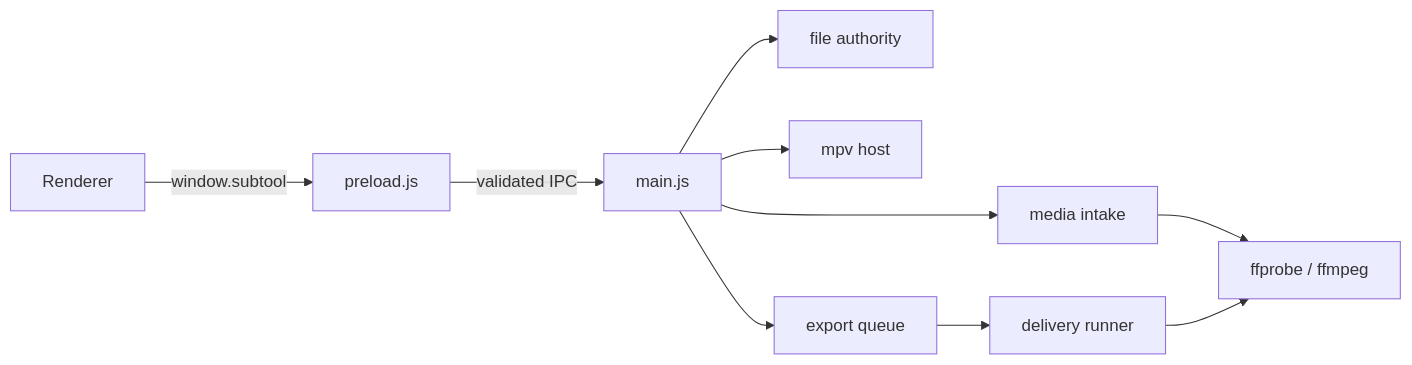
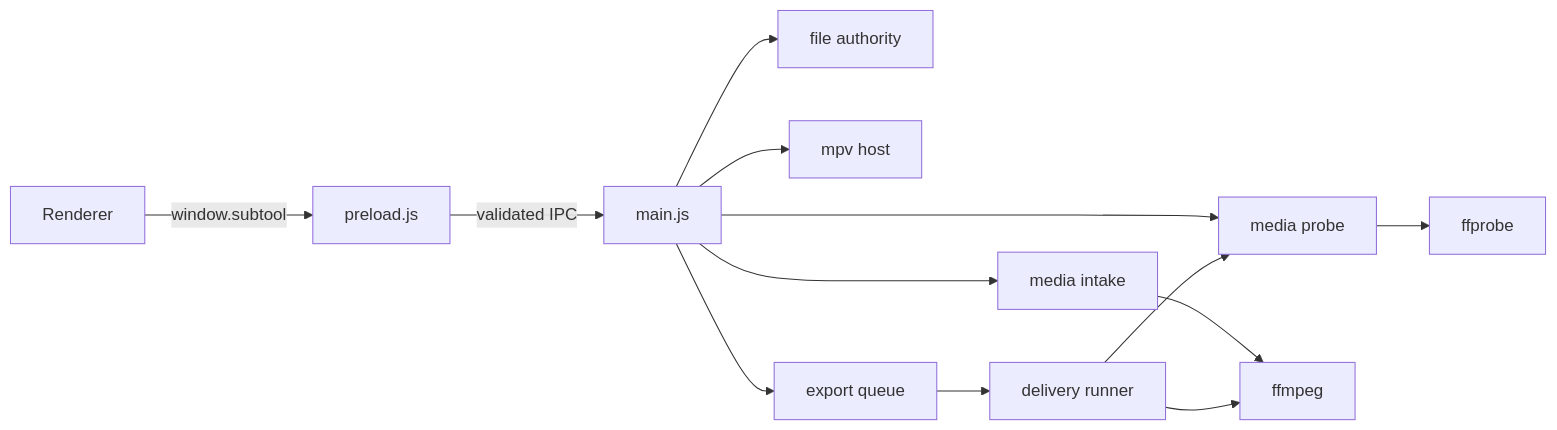
The first of 2 diagrams in docs/Electron_維護手冊.md (evanwayc-star/SUB_Tool), drawn with Mermaid before and after one commit. The commit also changed other lines of this file and 88 other files, not shown here.

````diff
--- a/docs/Electron_維護手冊.md
+++ b/docs/Electron_維護手冊.md
@@ -7,12 +7,15 @@
 ```mermaid
 flowchart LR
   R[Renderer] -->|window.subtool| P[preload.js]
   P -->|validated IPC| M[main.js]
   M --> F[file authority]
   M --> I[media intake]
+  M --> MP[media probe]
   M --> V[mpv host]
   M --> Q[export queue]
   Q --> D[delivery runner]
-  I --> N[ffprobe / ffmpeg]
+  I --> N[ffmpeg]
+  MP --> FP[ffprobe]
+  D --> MP
   D --> N
 ```
````
